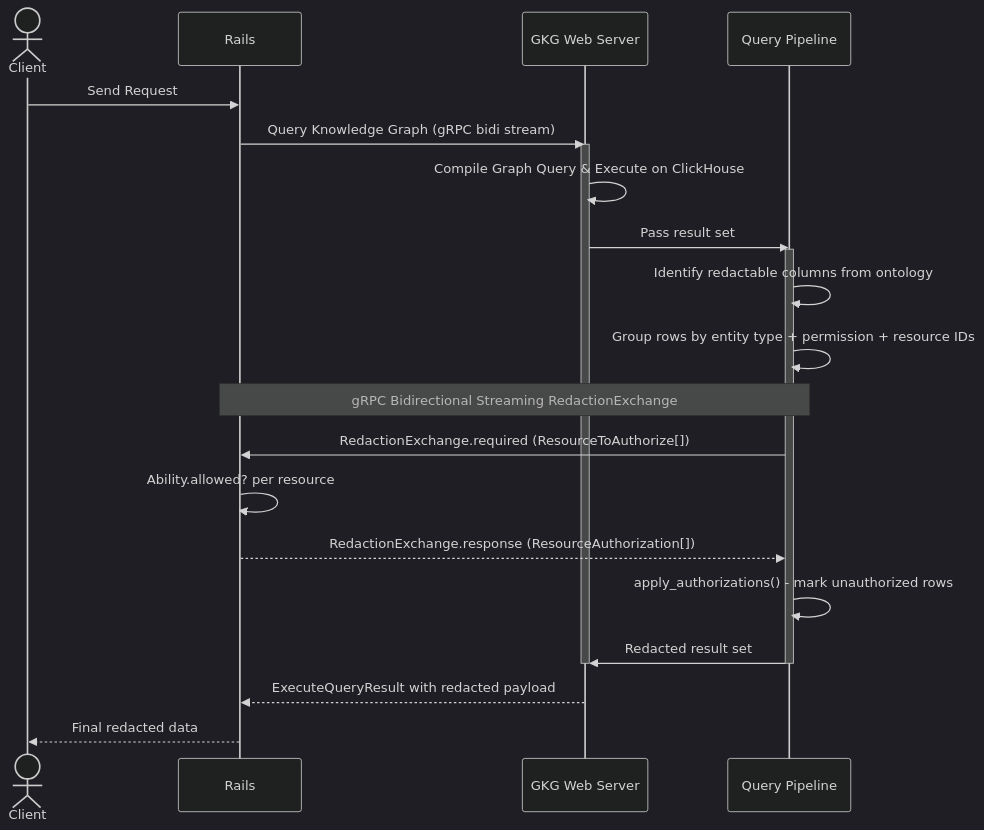
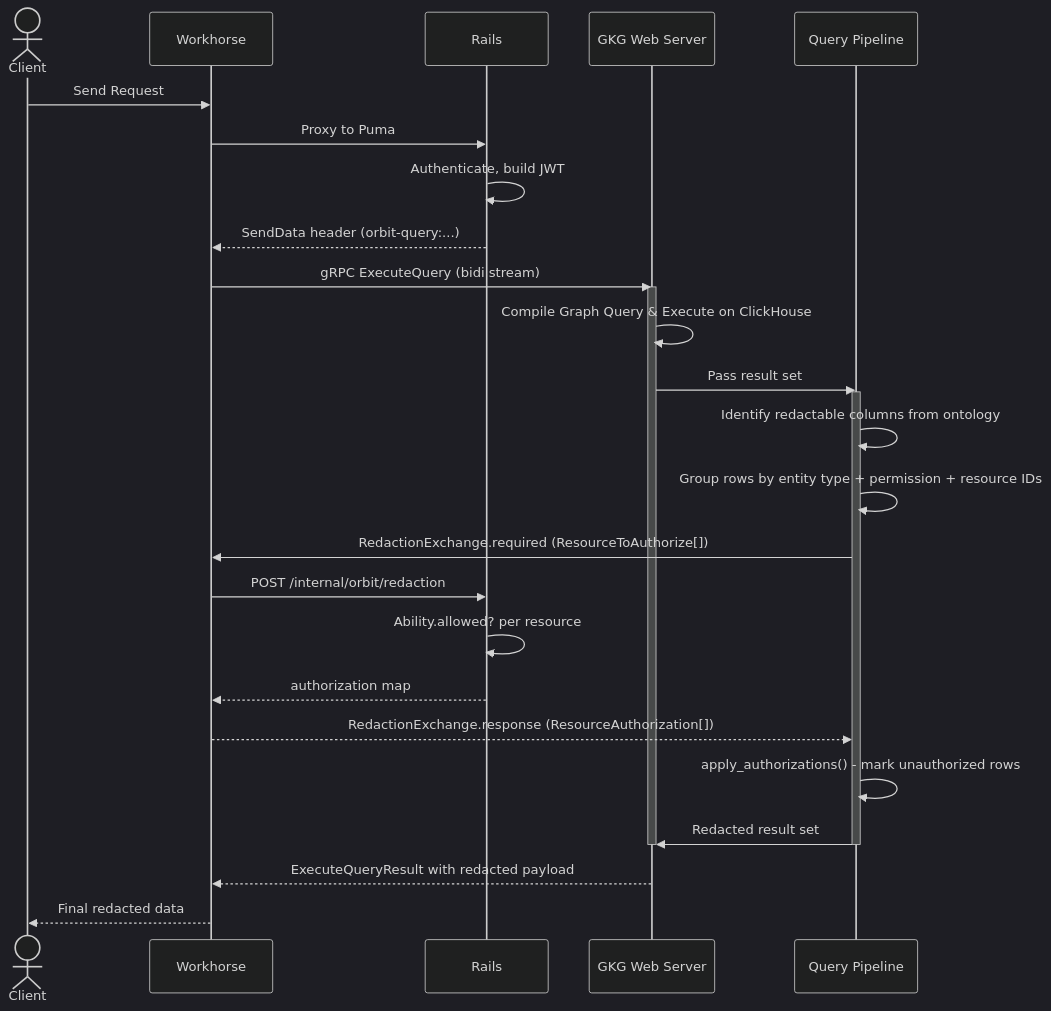
One commit to gitlabhq/orbit-knowledge-graph changed the fourth of 4 diagrams in docs/design-documents/security.md. Above: the diagram before and after it, drawn with Mermaid (dark theme). The commit also changed other lines of this file and 1 other file, not shown here.

First line of the commit message:
docs: update ADR 008 and security doc for Workhorse query acceleration

````diff
--- a/docs/design-documents/security.md
+++ b/docs/design-documents/security.md
@@ -261,31 +269,36 @@
 ```mermaid
 sequenceDiagram
     actor Client
+    participant Workhorse
     participant Rails
     participant WebServer as GKG Web Server
     participant AuthEngine as Query Pipeline
 
-    Client->>Rails: Send Request
-    Rails->>WebServer: Query Knowledge Graph (gRPC bidi stream)
+    Client->>Workhorse: Send Request
+    Workhorse->>Rails: Proxy to Puma
+    Rails->>Rails: Authenticate, build JWT
+    Rails-->>Workhorse: SendData header (orbit-query:...)
 
+    Workhorse->>WebServer: gRPC ExecuteQuery (bidi stream)
     activate WebServer
     WebServer->>WebServer: Compile Graph Query & Execute on ClickHouse
     WebServer->>AuthEngine: Pass result set
     activate AuthEngine
 
     AuthEngine->>AuthEngine: Identify redactable columns from ontology
     AuthEngine->>AuthEngine: Group rows by entity type + permission + resource IDs
 
-    Note over AuthEngine, Rails: gRPC Bidirectional Streaming RedactionExchange
-    AuthEngine->>Rails: RedactionExchange.required (ResourceToAuthorize[])
+    AuthEngine->>Workhorse: RedactionExchange.required (ResourceToAuthorize[])
+    Workhorse->>Rails: POST /internal/orbit/redaction
     Rails->>Rails: Ability.allowed? per resource
-    Rails-->>AuthEngine: RedactionExchange.response (ResourceAuthorization[])
+    Rails-->>Workhorse: authorization map
+    Workhorse-->>AuthEngine: RedactionExchange.response (ResourceAuthorization[])
 
     AuthEngine->>AuthEngine: apply_authorizations() - mark unauthorized rows
     AuthEngine->>WebServer: Redacted result set
     deactivate AuthEngine
     deactivate WebServer
 
-    WebServer-->>Rails: ExecuteQueryResult with redacted payload
-    Rails-->>Client: Final redacted data
+    WebServer-->>Workhorse: ExecuteQueryResult with redacted payload
+    Workhorse-->>Client: Final redacted data
 ```
````
